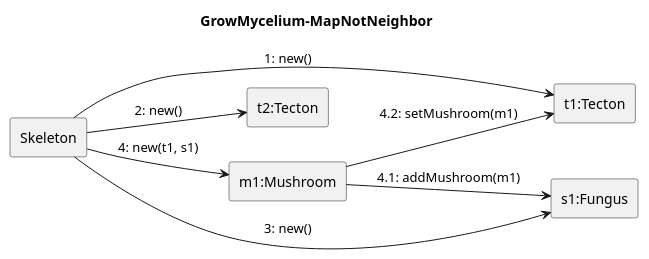
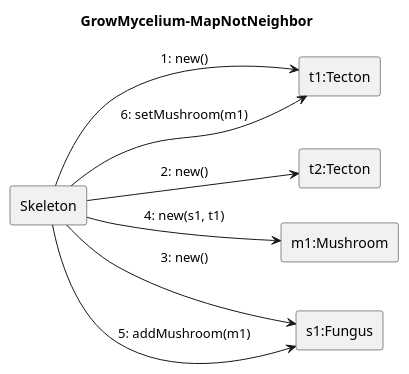
Before and after one commit to ZD4ve/projlab-error521: the diagram in Skeleton/Grow-mycelium/map-not-neighbor.puml, drawn with PlantUML. The commit also changed 4 other files, not shown here.

Commit message:
broken skeleton diagrams fixed

```diff
--- a/Skeleton/Grow-mycelium/map-not-neighbor.puml
+++ b/Skeleton/Grow-mycelium/map-not-neighbor.puml
@@ -1,28 +1,28 @@
 @startuml Grow-mycelium/map-not-neighbor
 'skinparam linetype ortho
 left to right direction
 title GrowMycelium-MapNotNeighbor
 
 rectangle Skeleton
 
 rectangle "t1:Tecton" as t1
 rectangle "t2:Tecton" as t2
 rectangle "m1:Mushroom" as m1
 rectangle "s1:Fungus" as s1
 
 
 Skeleton --> t1: 1: new()
 Skeleton --> t2: 2: new()
 Skeleton --> s1: 3: new()
-Skeleton --> m1: 4: new(t1, s1)
-m1 --> s1 : 4.1: addMushroom(m1)
-m1 --> t1 : 4.2: setMushroom(m1)
+Skeleton --> m1: 4: new(s1, t1)
+Skeleton --> s1 : 5: addMushroom(m1)
+Skeleton --> t1 : 6: setMushroom(m1)
 
 
 'TODO ez így még nem lesz jó, nincs minden attr. beallitva
 'I know I know
 
 
 
 
 @enduml
```
